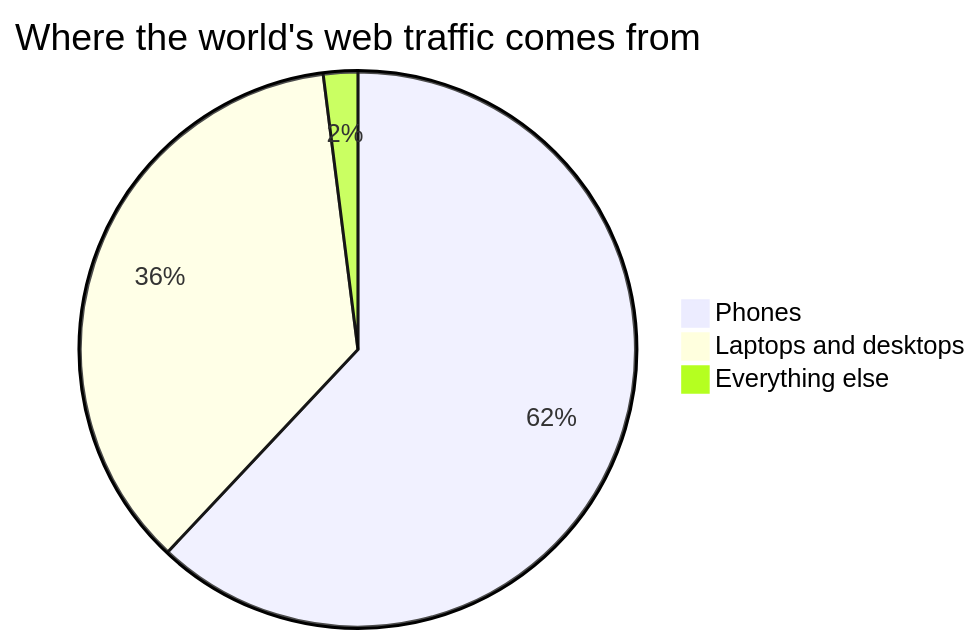
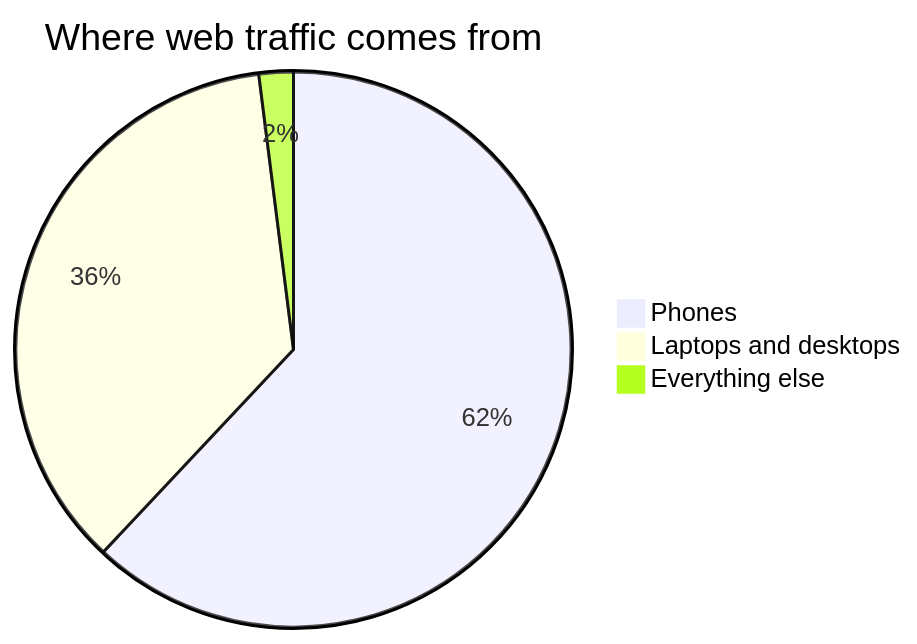
One commit to russellgordon/containerized-quartz-for-teachers changed the second of 3 diagrams in support/example_content/ICD2O/shared/Style/What This Site Can Do.md. Above: the diagram before and after it, drawn with Mermaid. The commit also changed 31 other files, not shown here.

First line of the commit message:
Pie titles fit the chart mermaid actually draws

````diff
--- a/support/example_content/ICD2O/shared/Style/What This Site Can Do.md
+++ b/support/example_content/ICD2O/shared/Style/What This Site Can Do.md
@@ -164,6 +164,6 @@
 ```mermaid
-pie title Where the world's web traffic comes from
+pie title Where web traffic comes from
     "Phones" : 62
     "Laptops and desktops" : 36
     "Everything else" : 2
 ```
````
